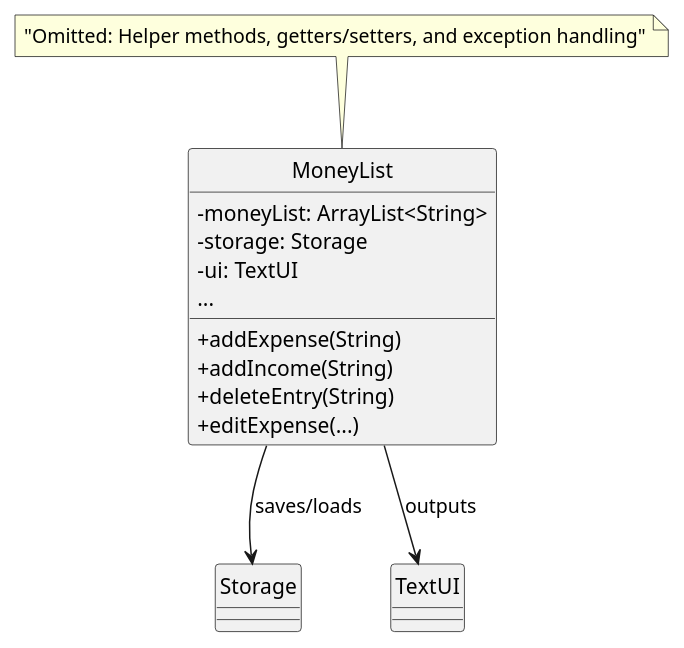
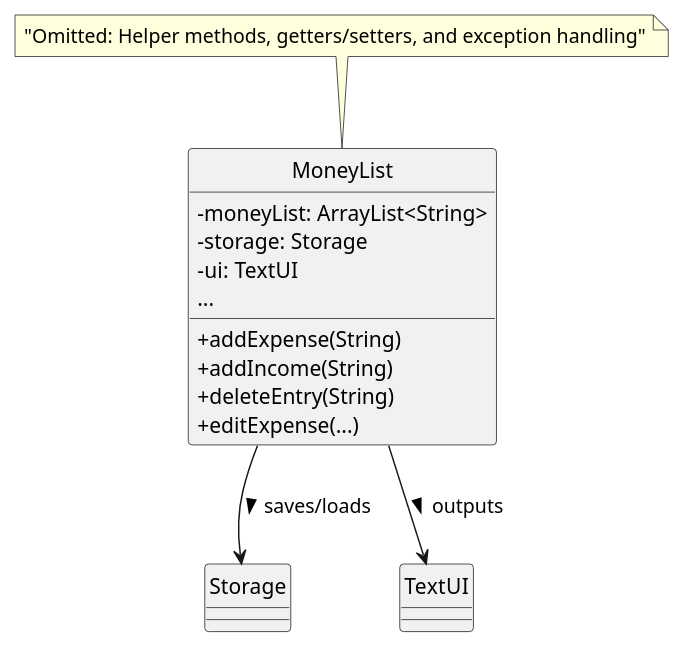
Before and after one commit to EdwinTun98/tp: the diagram in docs/diagrams/MoneyList_Class.puml, drawn with PlantUML. The commit also changed 10 other files, not shown here.

Commit message:
Added association arrows in all class diagrams

```diff
--- a/docs/diagrams/MoneyList_Class.puml
+++ b/docs/diagrams/MoneyList_Class.puml
@@ -1,21 +1,21 @@
 @startuml MoneyList_ClassDiagram
 hide circle
 skinparam classAttributeIconSize 0
 
 class MoneyList {
   - moneyList: ArrayList<String>
   - storage: Storage
   - ui: TextUI
   + addExpense(String)
   + addIncome(String)
   + deleteEntry(String)
   + editExpense(...)
   ...
 }
 
 note top: "Omitted: Helper methods, getters/setters, and exception handling"
 
-MoneyList --> Storage : saves/loads
-MoneyList --> TextUI : outputs
+MoneyList --> Storage : saves/loads >
+MoneyList --> TextUI : outputs >
 
 @enduml
```
